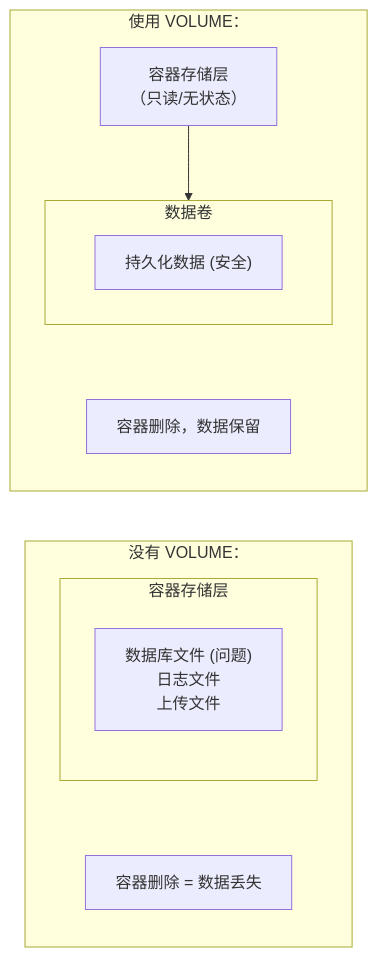
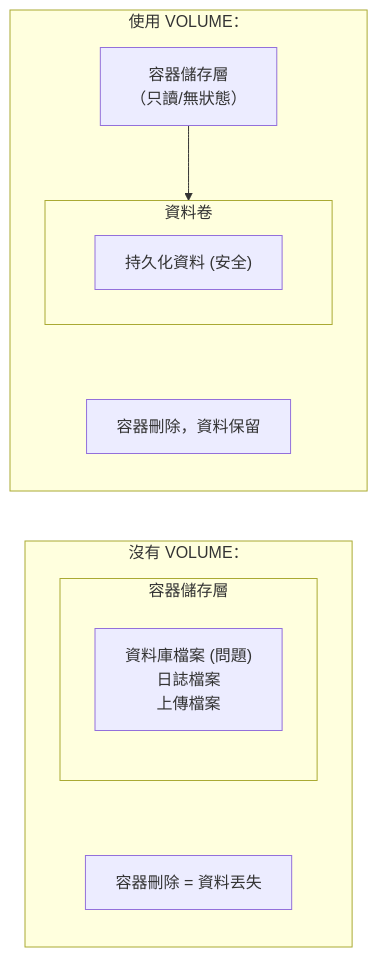
One commit to alexkuoecity/docker-practice-master-zh-tw changed the diagram in 07_dockerfile/7.8_volume.md. Above: the diagram before and after it, drawn with Mermaid. The commit also changed other lines of this file and 200 other files, not shown here.

````diff
--- a/07_dockerfile/7.8_volume.md
+++ b/07_dockerfile/7.8_volume.md
@@ -17,23 +17,23 @@
 ```mermaid
 flowchart LR
-    subgraph NoVolume ["没有 VOLUME："]
+    subgraph NoVolume ["沒有 VOLUME："]
         direction TB
-        subgraph Container1 ["容器存储层"]
+        subgraph Container1 ["容器儲存層"]
             direction TB
-            Files["数据库文件 (问题)<br/>日志文件<br/>上传文件"]
+            Files["資料庫檔案 (問題)<br/>日誌檔案<br/>上傳檔案"]
         end
-        Result1["容器删除 = 数据丢失"]
+        Result1["容器刪除 = 資料丟失"]
         Container1 ~~~ Result1
     end
 
     subgraph UseVolume ["使用 VOLUME："]
         direction TB
-        Container2["容器存储层<br/>（只读/无状态）"]
-        subgraph Volume ["数据卷"]
-            Data["持久化数据 (安全)"]
+        Container2["容器儲存層<br/>（只讀/無狀態）"]
+        subgraph Volume ["資料卷"]
+            Data["持久化資料 (安全)"]
         end
         Container2 --> Volume
-        Result2["容器删除，数据保留"]
+        Result2["容器刪除，資料保留"]
         Volume ~~~ Result2
     end
 ```
````
